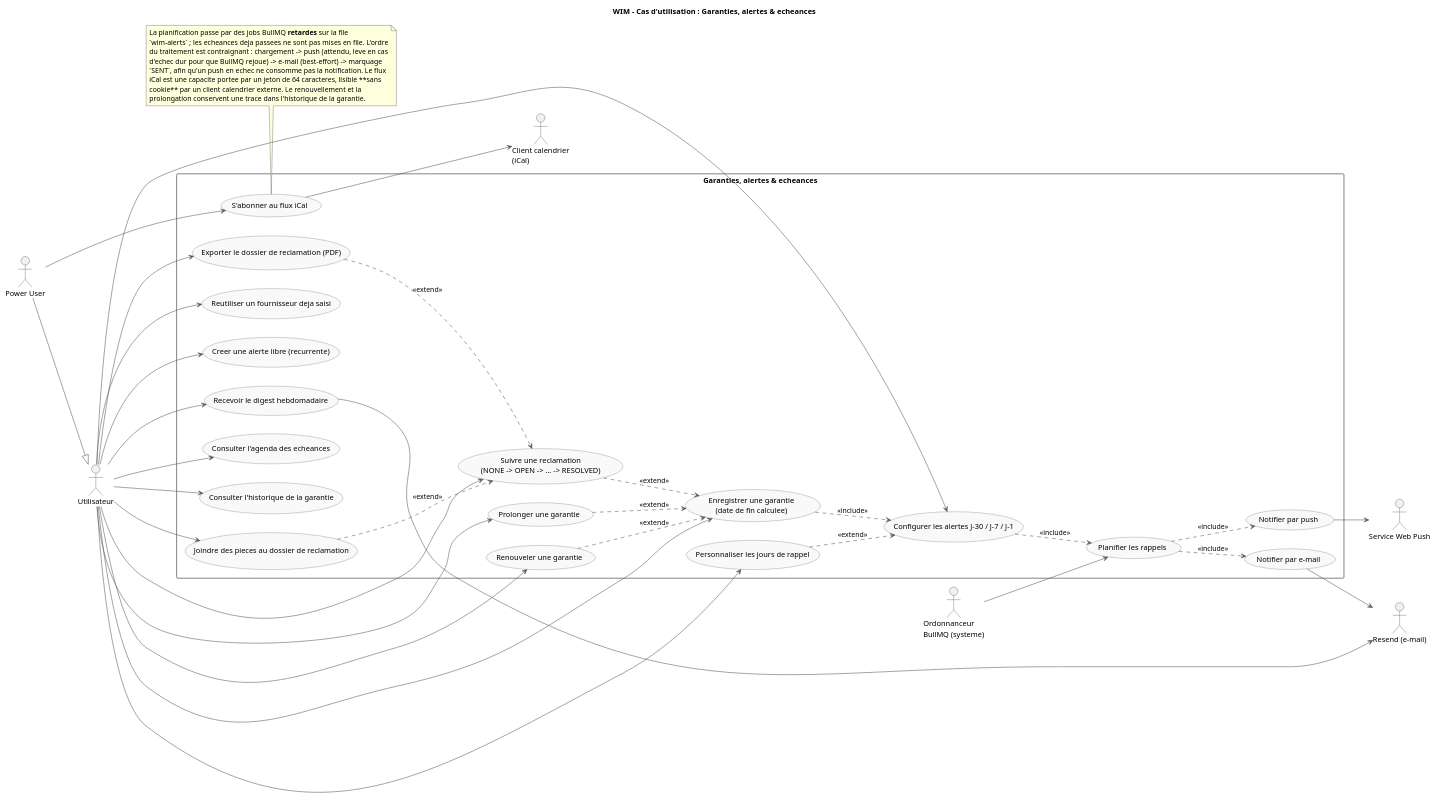
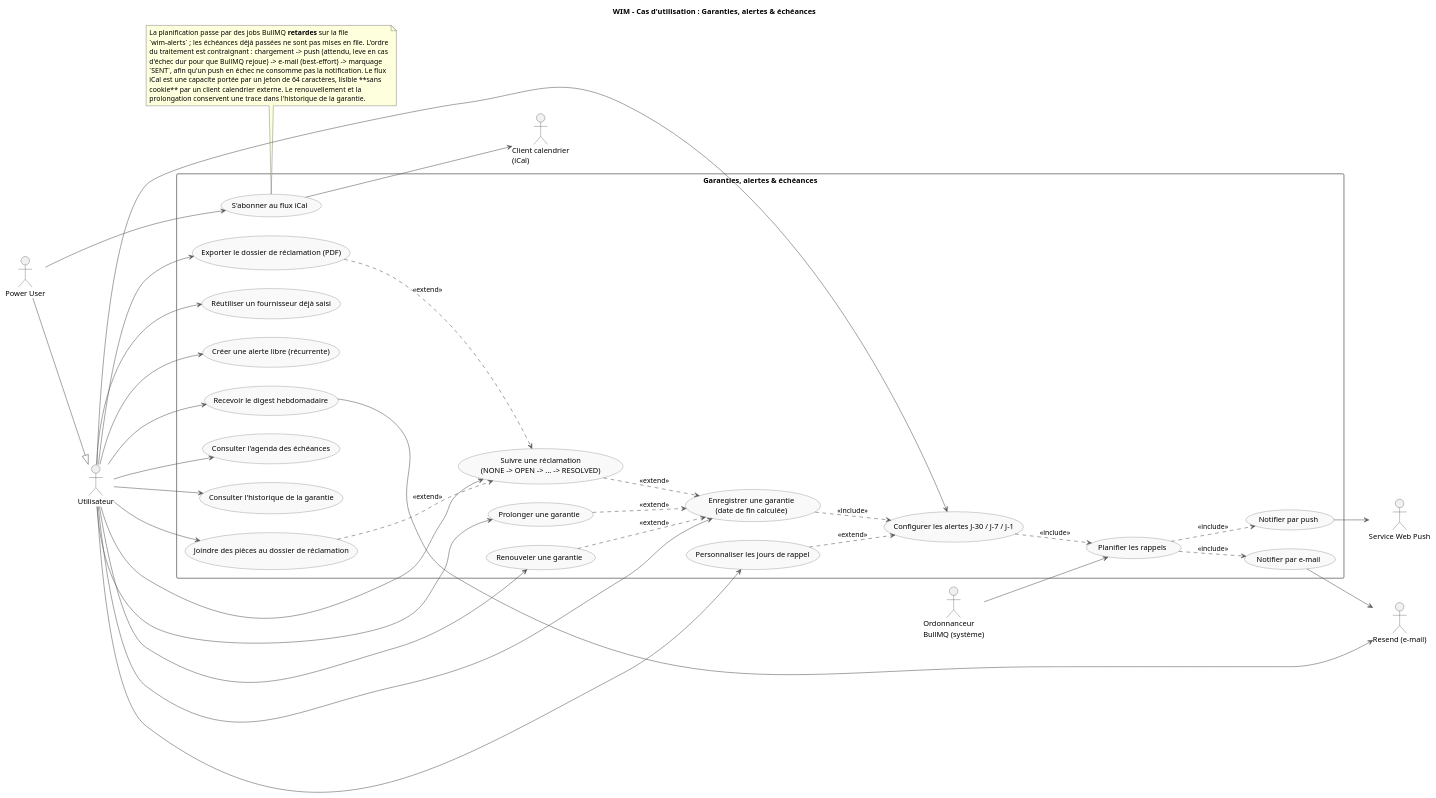
Before and after one commit to SGCSBorges/WIM: the diagram in docs/uml/01c-uc-garanties-alertes.puml, drawn with PlantUML. The commit also changed 19 other files, not shown here.

First line of the commit message:
UML: restore French accents in the ten new diagram sources

```diff
--- a/docs/uml/01c-uc-garanties-alertes.puml
+++ b/docs/uml/01c-uc-garanties-alertes.puml
@@ -1,86 +1,86 @@
 @startuml
-title WIM – Cas d'utilisation : Garanties, alertes & echeances
+title WIM – Cas d'utilisation : Garanties, alertes & échéances
 
 left to right direction
 skinparam packageStyle rectangle
 skinparam usecase {
   BackgroundColor #f9f9f9
   BorderColor #555
   ArrowColor #555
 }
 
 actor "Utilisateur" as User
 actor "Power User" as PowerUser
-actor "Ordonnanceur\nBullMQ (systeme)" as Scheduler
+actor "Ordonnanceur\nBullMQ (système)" as Scheduler
 actor "Service Web Push" as Push
 actor "Resend (e-mail)" as Mail
 actor "Client calendrier\n(iCal)" as Cal
 
-rectangle "Garanties, alertes & echeances" {
-  usecase "Enregistrer une garantie\n(date de fin calculee)" as UC_Warranty
+rectangle "Garanties, alertes & échéances" {
+  usecase "Enregistrer une garantie\n(date de fin calculée)" as UC_Warranty
   usecase "Renouveler une garantie" as UC_Renew
   usecase "Prolonger une garantie" as UC_Extend
   usecase "Consulter l'historique de la garantie" as UC_History
-  usecase "Suivre une reclamation\n(NONE -> OPEN -> ... -> RESOLVED)" as UC_Claim
-  usecase "Joindre des pieces au dossier de reclamation" as UC_ClaimDoc
-  usecase "Exporter le dossier de reclamation (PDF)" as UC_ClaimPdf
-  usecase "Reutiliser un fournisseur deja saisi" as UC_Provider
+  usecase "Suivre une réclamation\n(NONE -> OPEN -> ... -> RESOLVED)" as UC_Claim
+  usecase "Joindre des pièces au dossier de réclamation" as UC_ClaimDoc
+  usecase "Exporter le dossier de réclamation (PDF)" as UC_ClaimPdf
+  usecase "Réutiliser un fournisseur déjà saisi" as UC_Provider
   usecase "Configurer les alertes J-30 / J-7 / J-1" as UC_Alerts
   usecase "Personnaliser les jours de rappel" as UC_AlertDays
-  usecase "Creer une alerte libre (recurrente)" as UC_Custom
+  usecase "Créer une alerte libre (récurrente)" as UC_Custom
   usecase "Planifier les rappels" as UC_Schedule
   usecase "Notifier par push" as UC_Push
   usecase "Notifier par e-mail" as UC_Mail
   usecase "Recevoir le digest hebdomadaire" as UC_Digest
-  usecase "Consulter l'agenda des echeances" as UC_Agenda
+  usecase "Consulter l'agenda des échéances" as UC_Agenda
   usecase "S'abonner au flux iCal" as UC_Ical
 }
 
 User --> UC_Warranty
 User --> UC_Renew
 User --> UC_Extend
 User --> UC_History
 User --> UC_Claim
 User --> UC_ClaimDoc
 User --> UC_ClaimPdf
 User --> UC_Provider
 User --> UC_Alerts
 User --> UC_AlertDays
 User --> UC_Custom
 User --> UC_Digest
 User --> UC_Agenda
 
 PowerUser --|> User
 PowerUser --> UC_Ical
 
 Scheduler --> UC_Schedule
 UC_Schedule ..> UC_Push : <<include>>
 UC_Schedule ..> UC_Mail : <<include>>
 UC_Push --> Push
 UC_Mail --> Mail
 UC_Digest --> Mail
 UC_Ical --> Cal
 
 ' Extend : cas optionnels greffes sur la garantie.
 UC_Renew ..> UC_Warranty : <<extend>>
 UC_Extend ..> UC_Warranty : <<extend>>
 UC_Claim ..> UC_Warranty : <<extend>>
 UC_ClaimDoc ..> UC_Claim : <<extend>>
 UC_ClaimPdf ..> UC_Claim : <<extend>>
 UC_AlertDays ..> UC_Alerts : <<extend>>
 
-' Include : enregistrer une garantie planifie toujours ses rappels.
+' Include : enregistrer une garantie planifié toujours ses rappels.
 UC_Warranty ..> UC_Alerts : <<include>>
 UC_Alerts ..> UC_Schedule : <<include>>
 
 note bottom
 La planification passe par des jobs BullMQ **retardes** sur la file
-`wim-alerts` ; les echeances deja passees ne sont pas mises en file. L'ordre
+`wim-alerts` ; les échéances déjà passées ne sont pas mises en file. L'ordre
 du traitement est contraignant : chargement -> push (attendu, leve en cas
-d'echec dur pour que BullMQ rejoue) -> e-mail (best-effort) -> marquage
-`SENT`, afin qu'un push en echec ne consomme pas la notification. Le flux
-iCal est une capacite portee par un jeton de 64 caracteres, lisible **sans
+d'échec dur pour que BullMQ rejoue) -> e-mail (best-effort) -> marquage
+`SENT`, afin qu'un push en échec ne consomme pas la notification. Le flux
+iCal est une capacite portée par un jeton de 64 caractères, lisible **sans
 cookie** par un client calendrier externe. Le renouvellement et la
 prolongation conservent une trace dans l'historique de la garantie.
 end note
 @enduml
```
